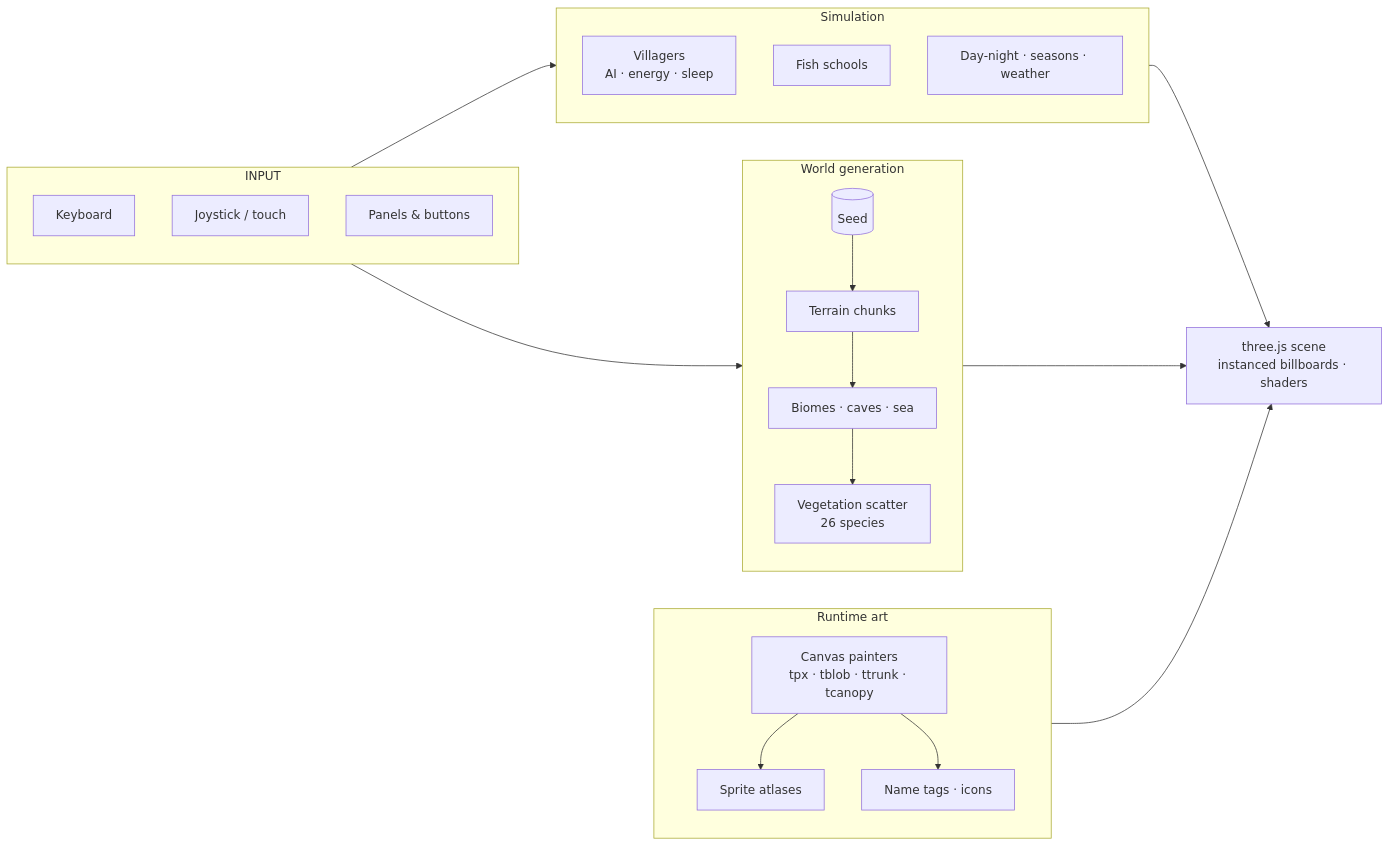
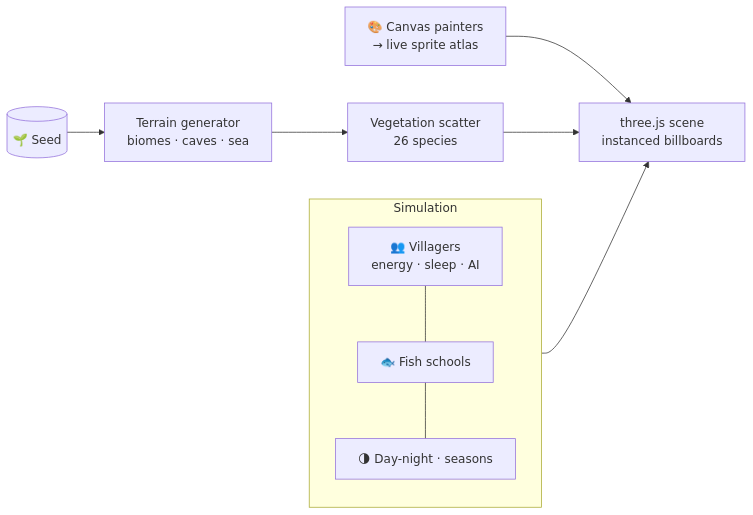
Before and after one commit to FREECANDY-DEV/pixel-world: the diagram in README.md, drawn with Mermaid. The commit also changed other lines of this file and 35 other files, not shown here.

First line of the commit message:
README v2: curated transparent art gallery, fixed single-frame fish, tighter design

````diff
--- a/README.md
+++ b/README.md
@@ -208,21 +73,10 @@
 ```mermaid
 flowchart LR
-    subgraph INPUT
-        KBD[Keyboard] ; JOY[Joystick / touch] ; UI[Panels & buttons]
+    SEED[(🌱 Seed)] --> GEN["Terrain generator<br/>biomes · caves · sea"]
+    GEN --> FLORA["Vegetation scatter<br/>26 species"]
+    subgraph SIM ["Simulation"]
+        VIL["👥 Villagers<br/>energy · sleep · AI"] --- FISH["🐟 Fish schools"] --- SKY["🌗 Day-night · seasons"]
     end
-    subgraph WORLDGEN["World generation"]
-        SEED[(Seed)] --> TERRAIN[Terrain chunks]
-        TERRAIN --> BIOME[Biomes · caves · sea]
-        BIOME --> FLORA[Vegetation scatter<br/>26 species]
-    end
-    subgraph SIM["Simulation"]
-        VIL[Villagers<br/>AI · energy · sleep] ; FISH[Fish schools] ; SKY[Day-night · seasons · weather]
-    end
-    subgraph ART["Runtime art"]
-        PAINT[Canvas painters<br/>tpx · tblob · ttrunk · tcanopy] --> ATLAS[Sprite atlases]
-        PAINT --> NAMETAGS[Name tags · icons]
-    end
-    INPUT --> SIM ; INPUT --> WORLDGEN
-    SIM --> RENDER[three.js scene<br/>instanced billboards · shaders]
-    WORLDGEN --> RENDER ; ART --> RENDER
+    ART["🎨 Canvas painters<br/>→ live sprite atlas"] --> REN["three.js scene<br/>instanced billboards"]
+    FLORA --> REN ; SIM --> REN
 ```
````
